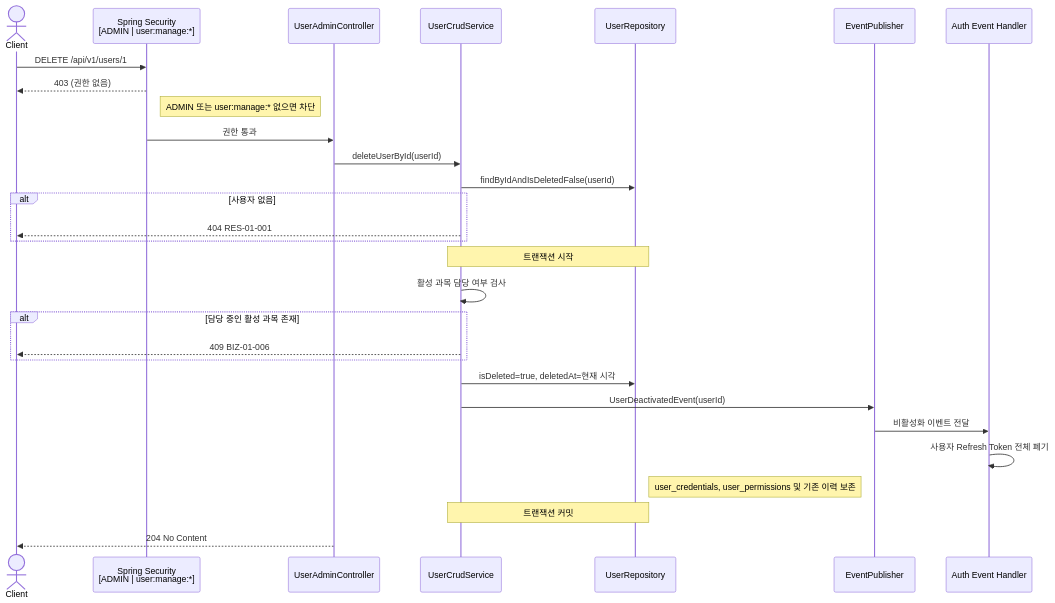
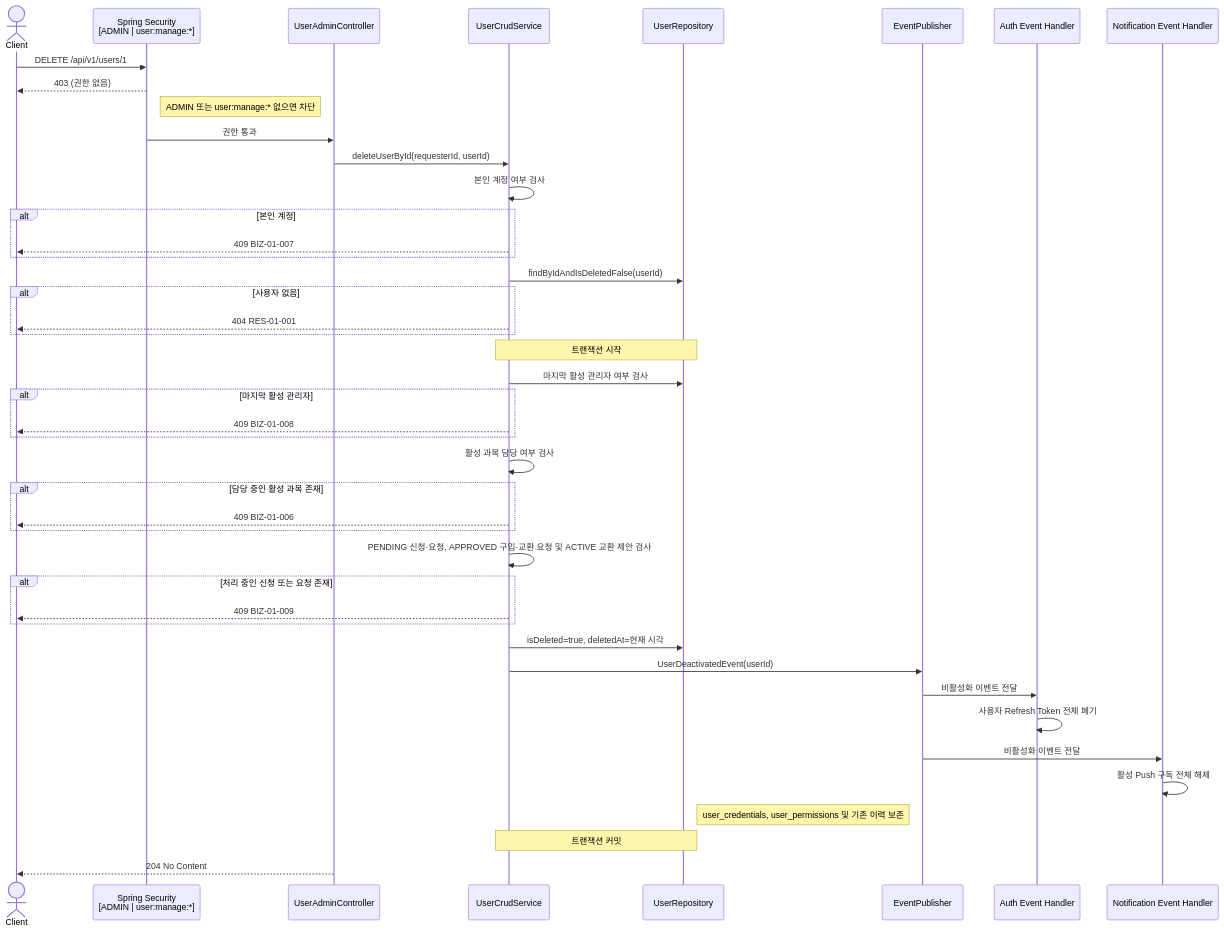
Before and after one commit to Geumjeongyahak/Backend: the fifth of 10 diagrams in docs/Domain/User/README.md, drawn with Mermaid. The commit also changed 24 other files, not shown here.

Commit message:
feat(user): 사용자 비활성화 사전 검증 및 후처리 강화 (#102)

````diff
--- a/docs/Domain/User/README.md
+++ b/docs/Domain/User/README.md
@@ -322,35 +322,50 @@
 ```mermaid
 sequenceDiagram
     actor Client
     participant Security as Spring Security<br/>[ADMIN | user:manage:*]
     participant Controller as UserAdminController
     participant Service as UserCrudService
     participant DB as UserRepository
     participant Event as EventPublisher
     participant Auth as Auth Event Handler
+    participant Push as Notification Event Handler
 
     Client->>Security: DELETE /api/v1/users/1
     Security-->>Client: 403 (권한 없음)
     note right of Security: ADMIN 또는 user:manage:* 없으면 차단
 
     Security->>Controller: 권한 통과
-    Controller->>Service: deleteUserById(userId)
+    Controller->>Service: deleteUserById(requesterId, userId)
+    Service->>Service: 본인 계정 여부 검사
+    alt 본인 계정
+        Service-->>Client: 409 BIZ-01-007
+    end
     Service->>DB: findByIdAndIsDeletedFalse(userId)
     alt 사용자 없음
         Service-->>Client: 404 RES-01-001
     end
 
     note over Service,DB: 트랜잭션 시작
+    Service->>DB: 마지막 활성 관리자 여부 검사
+    alt 마지막 활성 관리자
+        Service-->>Client: 409 BIZ-01-008
+    end
     Service->>Service: 활성 과목 담당 여부 검사
     alt 담당 중인 활성 과목 존재
         Service-->>Client: 409 BIZ-01-006
+    end
+    Service->>Service: PENDING 신청·요청, APPROVED 구입·교환 요청 및 ACTIVE 교환 제안 검사
+    alt 처리 중인 신청 또는 요청 존재
+        Service-->>Client: 409 BIZ-01-009
     end
     Service->>DB: isDeleted=true, deletedAt=현재 시각
     Service->>Event: UserDeactivatedEvent(userId)
     Event->>Auth: 비활성화 이벤트 전달
     Auth->>Auth: 사용자 Refresh Token 전체 폐기
+    Event->>Push: 비활성화 이벤트 전달
+    Push->>Push: 활성 Push 구독 전체 해제
     note right of DB: user_credentials, user_permissions 및 기존 이력 보존
     note over Service,DB: 트랜잭션 커밋
 
     Controller-->>Client: 204 No Content
 ```
````
